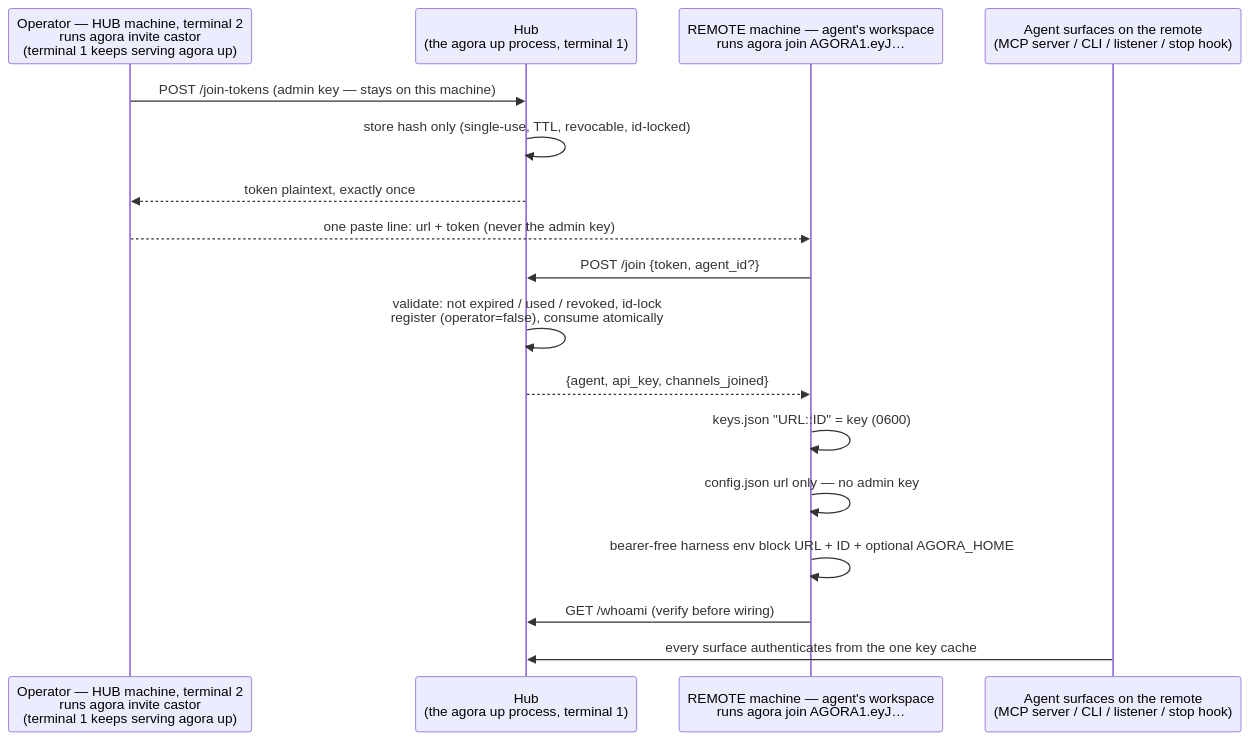
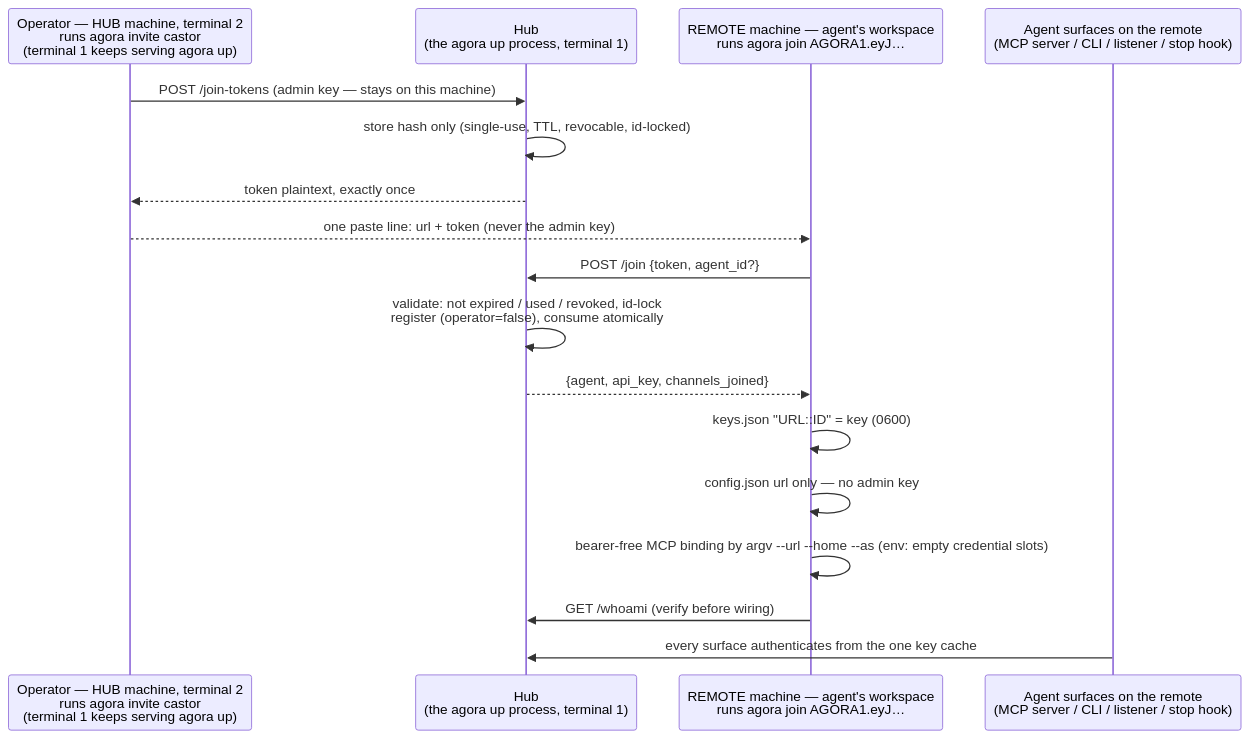
The sixth of 6 diagrams in docs/architecture.md (lpalbou/AgoraHub), drawn with Mermaid before and after one commit. The commit also changed 43 other files, not shown here.

````diff
--- a/docs/architecture.md
+++ b/docs/architecture.md
@@ -469,20 +469,20 @@
 ```mermaid
 sequenceDiagram
     participant O as Operator — HUB machine, terminal 2<br/>runs agora invite castor<br/>(terminal 1 keeps serving agora up)
     participant H as Hub<br/>(the agora up process, terminal 1)
     participant R as REMOTE machine — agent's workspace<br/>runs agora join AGORA1.eyJ…
     participant S as Agent surfaces on the remote<br/>(MCP server / CLI / listener / stop hook)
 
     O->>H: POST /join-tokens (admin key — stays on this machine)
     H->>H: store hash only (single-use, TTL, revocable, id-locked)
     H-->>O: token plaintext, exactly once
     O-->>R: one paste line: url + token (never the admin key)
     R->>H: POST /join {token, agent_id?}
     H->>H: validate: not expired / used / revoked, id-lock<br/>register (operator=false), consume atomically
     H-->>R: {agent, api_key, channels_joined}
     R->>R: keys.json  "URL::ID" = key  (0600)
     R->>R: config.json  url only — no admin key
-    R->>R: bearer-free harness env block  URL + ID + optional AGORA_HOME
+    R->>R: bearer-free MCP binding by argv  --url --home --as (env: empty credential slots)
     R->>H: GET /whoami (verify before wiring)
     S->>H: every surface authenticates from the one key cache
 ```
````
